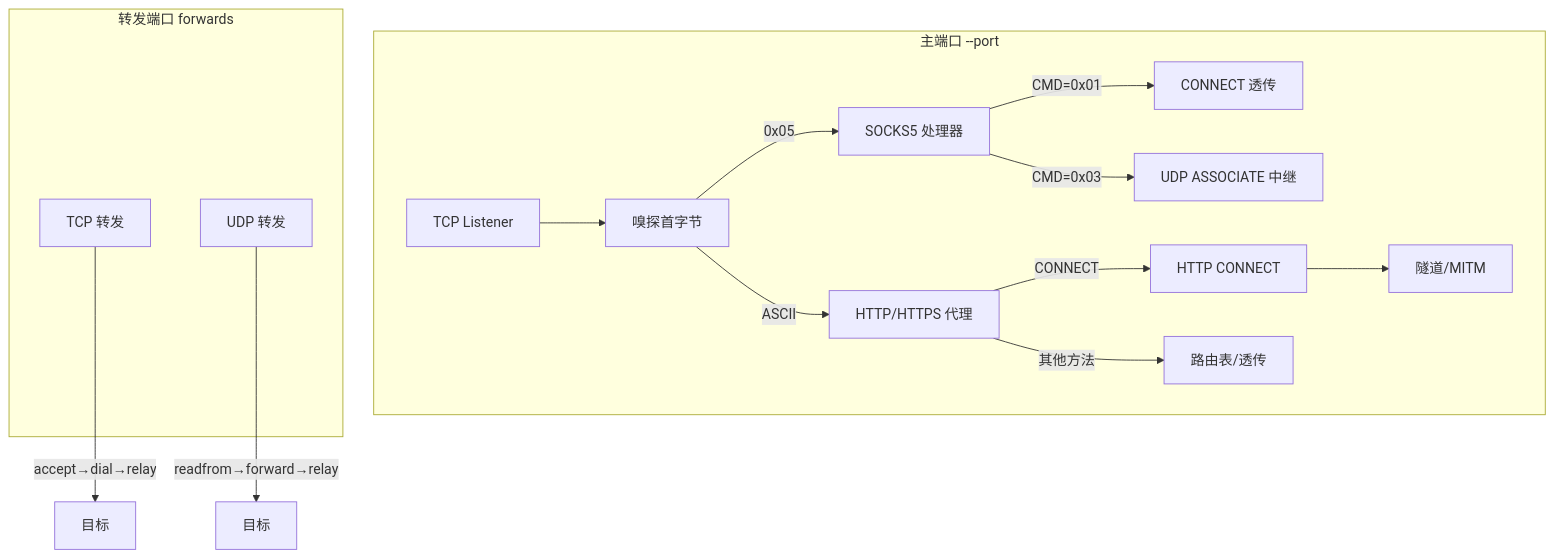
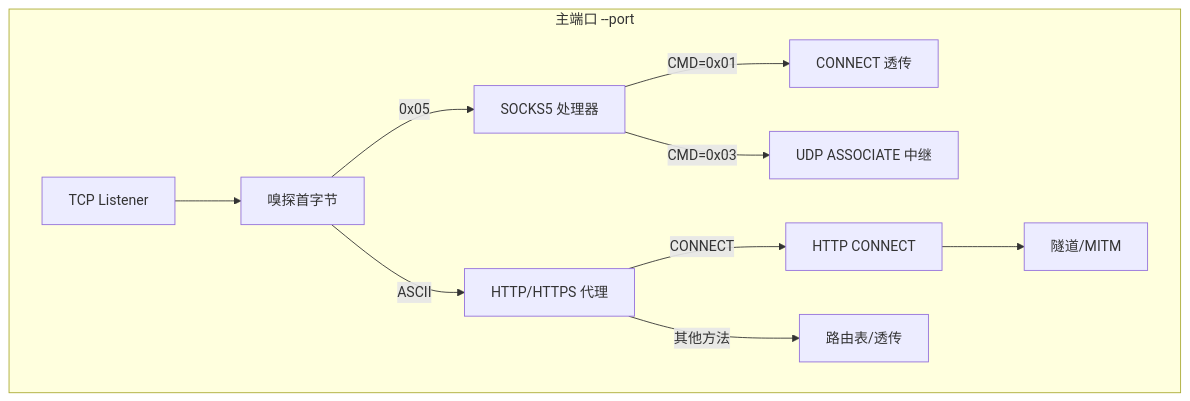
The second of 3 diagrams in .monkeycode/specs/udp-tcp-forwarding-refactor/design.md (isunk/MyReverseProxy), drawn with Mermaid before and after one commit. The commit also changed other lines of this file and 25 other files, not shown here.

````diff
--- a/.monkeycode/specs/udp-tcp-forwarding-refactor/design.md
+++ b/.monkeycode/specs/udp-tcp-forwarding-refactor/design.md
@@ -61,28 +57,22 @@
 ```mermaid
 graph TD
     subgraph "主端口 --port"
         listener["TCP Listener"]
         sniff["嗅探首字节"]
         http["HTTP/HTTPS 代理"]
         socks5["SOCKS5 处理器"]
         socks5Connect["CONNECT 透传"]
         socks5UDP["UDP ASSOCIATE 中继"]
         httpConnect["HTTP CONNECT"]
         tunnel["隧道/MITM"]
         routeTable["路由表/透传"]
     end
-    subgraph "转发端口 forwards"
-        tcpForward["TCP 转发"]
-        udpForward["UDP 转发"]
-    end
     listener --> sniff
     sniff -->|"0x05"| socks5
     sniff -->|"ASCII"| http
     socks5 -->|"CMD=0x01"| socks5Connect
     socks5 -->|"CMD=0x03"| socks5UDP
     http -->|"CONNECT"| httpConnect
     httpConnect --> tunnel
     http -->|"其他方法"| routeTable
-    tcpForward -->|"accept→dial→relay"| target1["目标"]
-    udpForward -->|"readfrom→forward→relay"| target2["目标"]
 ```
````
